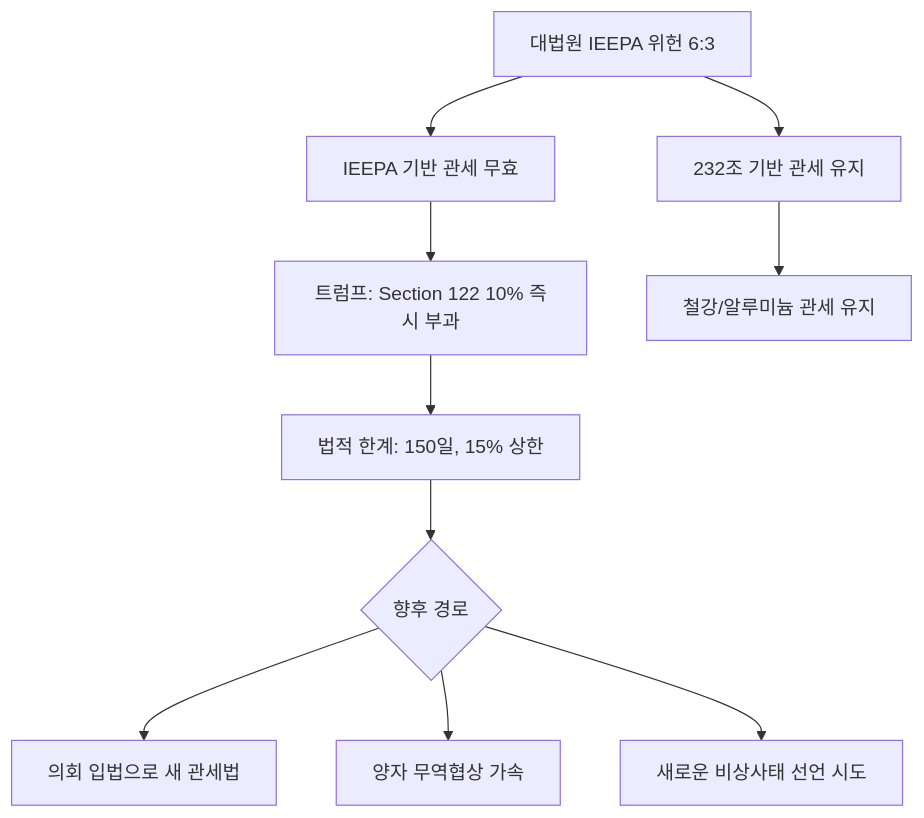
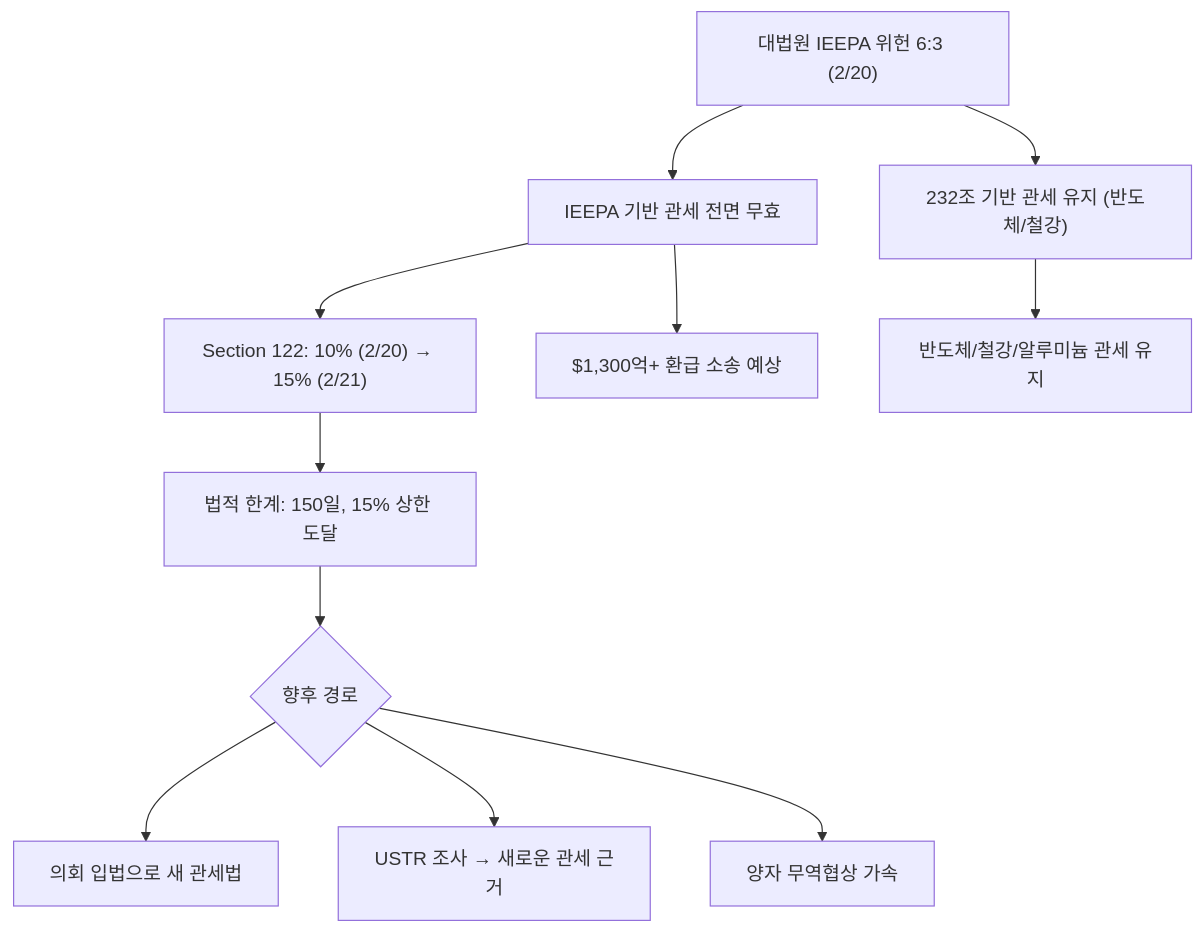
One commit to dss99911/dss99911.github.io changed the diagram in _posts/knowledge/invest/2026-01-21-macroeconomic-policy-sector-outlook-2026.md. Above: the diagram before and after it, drawn with Mermaid. The commit also changed other lines of this file and 14 other files, not shown here.

````diff
--- a/_posts/knowledge/invest/2026-01-21-macroeconomic-policy-sector-outlook-2026.md
+++ b/_posts/knowledge/invest/2026-01-21-macroeconomic-policy-sector-outlook-2026.md
@@ -314,12 +95,13 @@
 ```mermaid
 graph TD
-    A[대법원 IEEPA 위헌 6:3] --> B[IEEPA 기반 관세 무효]
-    A --> C[232조 기반 관세 유지]
-    B --> D[트럼프: Section 122 10% 즉시 부과]
-    D --> E[법적 한계: 150일, 15% 상한]
-    E --> F{향후 경로}
-    F --> G[의회 입법으로 새 관세법]
-    F --> H[양자 무역협상 가속]
-    F --> I[새로운 비상사태 선언 시도]
-    C --> J[철강/알루미늄 관세 유지]
+    A["대법원 IEEPA 위헌 6:3 (2/20)"] --> B["IEEPA 기반 관세 전면 무효"]
+    A --> C["232조 기반 관세 유지 (반도체/철강)"]
+    B --> D["Section 122: 10% (2/20) → 15% (2/21)"]
+    D --> E["법적 한계: 150일, 15% 상한 도달"]
+    E --> F{"향후 경로"}
+    F --> G["의회 입법으로 새 관세법"]
+    F --> H["USTR 조사 → 새로운 관세 근거"]
+    F --> I["양자 무역협상 가속"]
+    C --> J["반도체/철강/알루미늄 관세 유지"]
+    B --> K["$1,300억+ 환급 소송 예상"]
 ```
````
